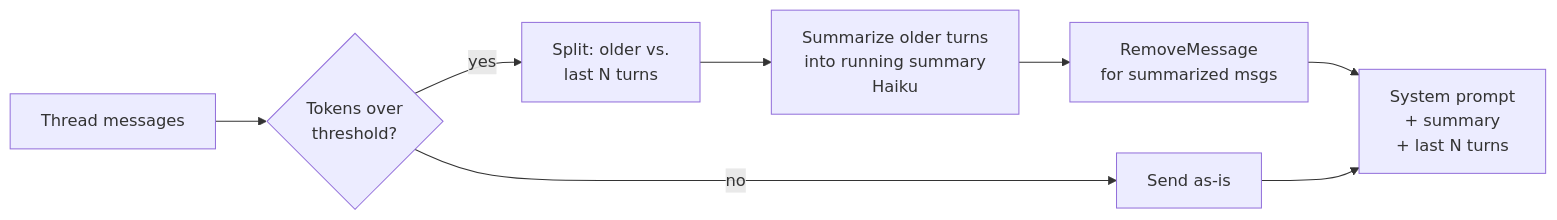
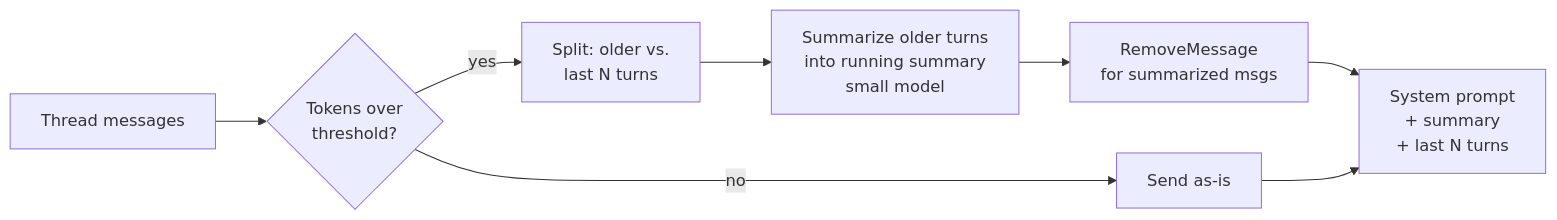
Before and after one commit to Anirudh1905/agentic-ai-chatbot: the third of 3 diagrams in docs/phase-3-short-term-memory-checkpointing.md, drawn with Mermaid. The commit also changed other lines of this file and 29 other files, not shown here.

````diff
--- a/docs/phase-3-short-term-memory-checkpointing.md
+++ b/docs/phase-3-short-term-memory-checkpointing.md
@@ -78,10 +78,10 @@
 ```mermaid
 flowchart LR
     In[Thread messages] --> Count{Tokens over<br/>threshold?}
     Count -->|no| Pass[Send as-is]
     Count -->|yes| Split[Split: older vs.<br/>last N turns]
-    Split --> Sum[Summarize older turns<br/>into running summary<br/>Haiku]
+    Split --> Sum[Summarize older turns<br/>into running summary<br/>small model]
     Sum --> Del[RemoveMessage<br/>for summarized msgs]
     Del --> Out[System prompt<br/>+ summary<br/>+ last N turns]
     Pass --> Out
 ```
````
